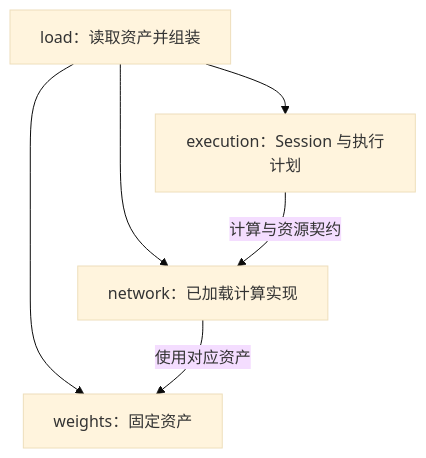
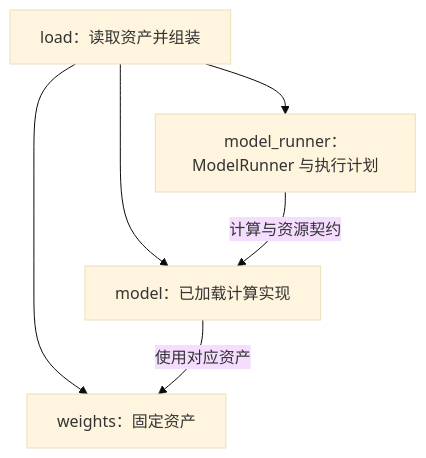
One commit to infinigence/ApxInf changed the sixth of 6 diagrams in doc/model-lifecycle/architecture.md. Above: the diagram before and after it, drawn with Mermaid (base theme). The commit also changed other lines of this file and 55 other files, not shown here.

Commit message:
refactor: align model runner and modulation terminology

````diff
--- a/doc/model-lifecycle/architecture.md
+++ b/doc/model-lifecycle/architecture.md
@@ -597,8 +659,8 @@
 ```mermaid
 flowchart TD
-    L[load：读取资产并组装] --> E[execution：Session 与执行计划]
-    L --> N[network：已加载计算实现]
+    L[load：读取资产并组装] --> E[model_runner：ModelRunner 与执行计划]
+    L --> N[model：已加载计算实现]
     L --> W[weights：固定资产]
     E -->|计算与资源契约| N
     N -->|使用对应资产| W
 ```
````
